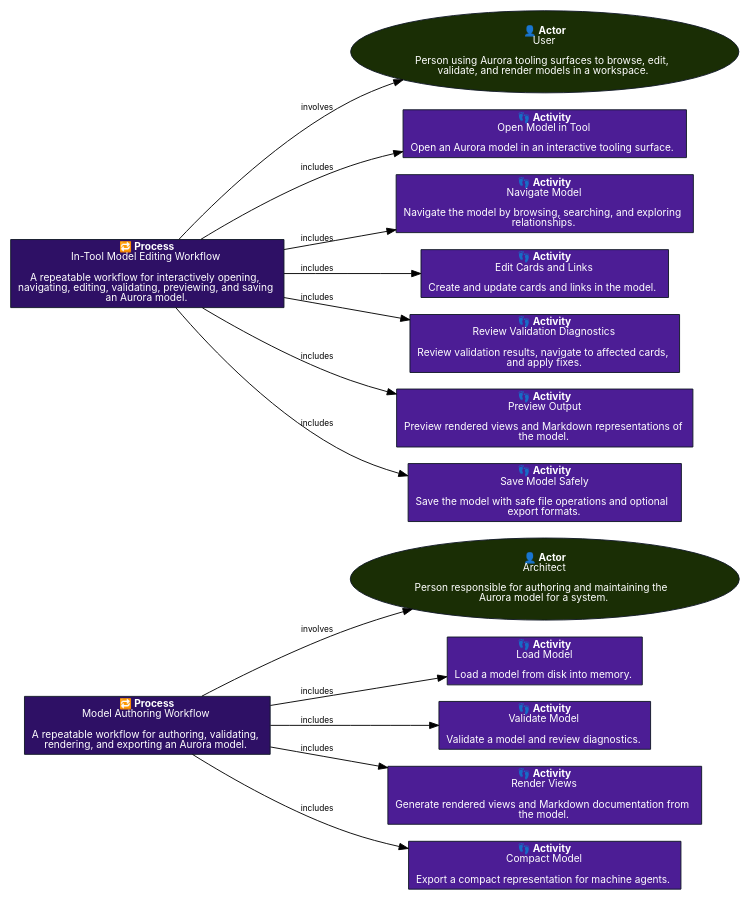
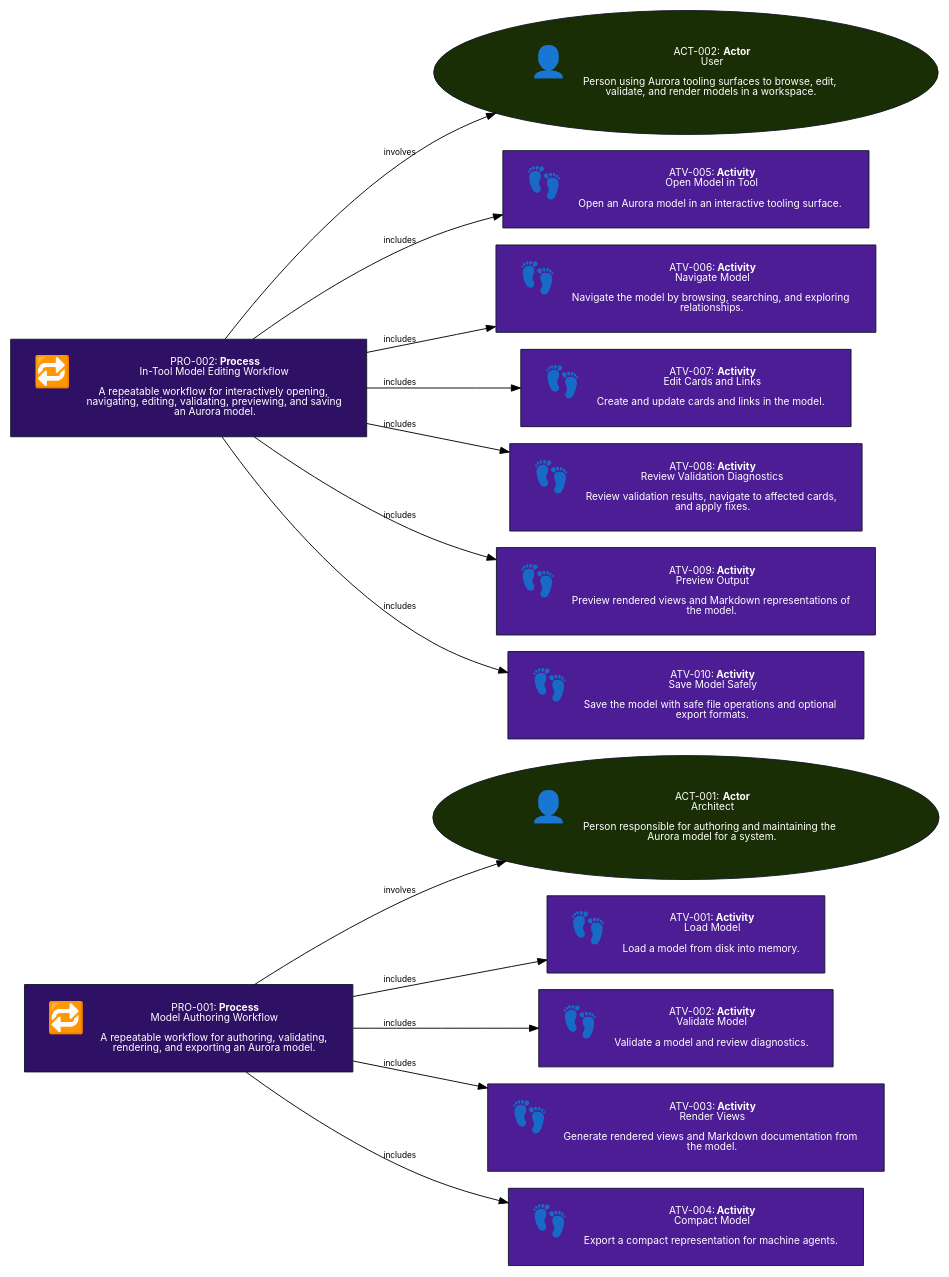
The diagram in docs/design/MIS-001-Provide_Default_Tooling_for_AURORA/Views/source/Process_Activity.view.dot (JEleniel/aurora), drawn with Graphviz before and after one commit. The commit also changed 280 other files, not shown here.

```diff
--- a/docs/design/MIS-001-Provide_Default_Tooling_for_AURORA/Views/source/Process_Activity.view.dot
+++ b/docs/design/MIS-001-Provide_Default_Tooling_for_AURORA/Views/source/Process_Activity.view.dot
@@ -1,31 +1,31 @@
 digraph "Process (Activity) View" {
 	graph [bgcolor="#FFFFFF", fontname="Inter", rankdir="LR", splines="spline"];
 	node [color="#111827", fillcolor="#E5E7EB", fontcolor="#111827", fontname="Inter", fontsize="11", shape="box", style="filled"];
 	edge [color="#000000", fontcolor="#000000", fontname="Inter", fontsize="9"];
-	"ACT-001" [fillcolor="#1a2e05", fontcolor="#FFFFFF", label=<<FONT><B>👤 Actor</B><br />Architect<br /><br />Person responsible for authoring and maintaining the<br />Aurora model for a system.</FONT>>, shape="ellipse"];
-	"ACT-002" [fillcolor="#1a2e05", fontcolor="#FFFFFF", label=<<FONT><B>👤 Actor</B><br />User<br /><br />Person using Aurora tooling surfaces to browse, edit,<br />validate, and render models in a workspace.</FONT>>, shape="ellipse"];
-	"ATV-001" [fillcolor="#4c1d95", fontcolor="#FFFFFF", label=<<FONT><B>👣 Activity</B><br />Load Model<br /><br />Load a model from disk into memory.</FONT>>, shape="box"];
-	"ATV-002" [fillcolor="#4c1d95", fontcolor="#FFFFFF", label=<<FONT><B>👣 Activity</B><br />Validate Model<br /><br />Validate a model and review diagnostics.</FONT>>, shape="box"];
-	"ATV-003" [fillcolor="#4c1d95", fontcolor="#FFFFFF", label=<<FONT><B>👣 Activity</B><br />Render Views<br /><br />Generate rendered views and Markdown documentation from<br />the model.</FONT>>, shape="box"];
-	"ATV-004" [fillcolor="#4c1d95", fontcolor="#FFFFFF", label=<<FONT><B>👣 Activity</B><br />Compact Model<br /><br />Export a compact representation for machine agents.</FONT>>, shape="box"];
-	"ATV-005" [fillcolor="#4c1d95", fontcolor="#FFFFFF", label=<<FONT><B>👣 Activity</B><br />Open Model in Tool<br /><br />Open an Aurora model in an interactive tooling surface.</FONT>>, shape="box"];
-	"ATV-006" [fillcolor="#4c1d95", fontcolor="#FFFFFF", label=<<FONT><B>👣 Activity</B><br />Navigate Model<br /><br />Navigate the model by browsing, searching, and exploring<br />relationships.</FONT>>, shape="box"];
-	"ATV-007" [fillcolor="#4c1d95", fontcolor="#FFFFFF", label=<<FONT><B>👣 Activity</B><br />Edit Cards and Links<br /><br />Create and update cards and links in the model.</FONT>>, shape="box"];
-	"ATV-008" [fillcolor="#4c1d95", fontcolor="#FFFFFF", label=<<FONT><B>👣 Activity</B><br />Review Validation Diagnostics<br /><br />Review validation results, navigate to affected cards,<br />and apply fixes.</FONT>>, shape="box"];
-	"ATV-009" [fillcolor="#4c1d95", fontcolor="#FFFFFF", label=<<FONT><B>👣 Activity</B><br />Preview Output<br /><br />Preview rendered views and Markdown representations of<br />the model.</FONT>>, shape="box"];
-	"ATV-010" [fillcolor="#4c1d95", fontcolor="#FFFFFF", label=<<FONT><B>👣 Activity</B><br />Save Model Safely<br /><br />Save the model with safe file operations and optional<br />export formats.</FONT>>, shape="box"];
-	"PRO-001" [fillcolor="#2e1065", fontcolor="#FFFFFF", label=<<FONT><B>🔁 Process</B><br />Model Authoring Workflow<br /><br />A repeatable workflow for authoring, validating,<br />rendering, and exporting an Aurora model.</FONT>>, shape="box"];
-	"PRO-002" [fillcolor="#2e1065", fontcolor="#FFFFFF", label=<<FONT><B>🔁 Process</B><br />In-Tool Model Editing Workflow<br /><br />A repeatable workflow for interactively opening,<br />navigating, editing, validating, previewing, and saving<br />an Aurora model.</FONT>>, shape="box"];
+	"ACT-001" [fillcolor="#1a2e05", fontcolor="#FFFFFF", label=<<TABLE BORDER="0" CELLBORDER="0" CELLSPACING="16" CELLPADDING="0"><TR><TD ALIGN="LEFT" VALIGN="TOP"><FONT POINT-SIZE="33">👤</FONT></TD><TD ALIGN="LEFT" VALIGN="TOP"><FONT>ACT-001: <B>Actor</B><BR/>Architect<BR/>&#160;<BR/>Person responsible for authoring and maintaining the<BR/>Aurora model for a system.</FONT></TD></TR></TABLE>>, shape="ellipse"];
+	"ACT-002" [fillcolor="#1a2e05", fontcolor="#FFFFFF", label=<<TABLE BORDER="0" CELLBORDER="0" CELLSPACING="16" CELLPADDING="0"><TR><TD ALIGN="LEFT" VALIGN="TOP"><FONT POINT-SIZE="33">👤</FONT></TD><TD ALIGN="LEFT" VALIGN="TOP"><FONT>ACT-002: <B>Actor</B><BR/>User<BR/>&#160;<BR/>Person using Aurora tooling surfaces to browse, edit,<BR/>validate, and render models in a workspace.</FONT></TD></TR></TABLE>>, shape="ellipse"];
+	"ATV-001" [fillcolor="#4c1d95", fontcolor="#FFFFFF", label=<<TABLE BORDER="0" CELLBORDER="0" CELLSPACING="16" CELLPADDING="0"><TR><TD ALIGN="LEFT" VALIGN="TOP"><FONT POINT-SIZE="33">👣</FONT></TD><TD ALIGN="LEFT" VALIGN="TOP"><FONT>ATV-001: <B>Activity</B><BR/>Load Model<BR/>&#160;<BR/>Load a model from disk into memory.</FONT></TD></TR></TABLE>>, shape="box"];
+	"ATV-002" [fillcolor="#4c1d95", fontcolor="#FFFFFF", label=<<TABLE BORDER="0" CELLBORDER="0" CELLSPACING="16" CELLPADDING="0"><TR><TD ALIGN="LEFT" VALIGN="TOP"><FONT POINT-SIZE="33">👣</FONT></TD><TD ALIGN="LEFT" VALIGN="TOP"><FONT>ATV-002: <B>Activity</B><BR/>Validate Model<BR/>&#160;<BR/>Validate a model and review diagnostics.</FONT></TD></TR></TABLE>>, shape="box"];
+	"ATV-003" [fillcolor="#4c1d95", fontcolor="#FFFFFF", label=<<TABLE BORDER="0" CELLBORDER="0" CELLSPACING="16" CELLPADDING="0"><TR><TD ALIGN="LEFT" VALIGN="TOP"><FONT POINT-SIZE="33">👣</FONT></TD><TD ALIGN="LEFT" VALIGN="TOP"><FONT>ATV-003: <B>Activity</B><BR/>Render Views<BR/>&#160;<BR/>Generate rendered views and Markdown documentation from<BR/>the model.</FONT></TD></TR></TABLE>>, shape="box"];
+	"ATV-004" [fillcolor="#4c1d95", fontcolor="#FFFFFF", label=<<TABLE BORDER="0" CELLBORDER="0" CELLSPACING="16" CELLPADDING="0"><TR><TD ALIGN="LEFT" VALIGN="TOP"><FONT POINT-SIZE="33">👣</FONT></TD><TD ALIGN="LEFT" VALIGN="TOP"><FONT>ATV-004: <B>Activity</B><BR/>Compact Model<BR/>&#160;<BR/>Export a compact representation for machine agents.</FONT></TD></TR></TABLE>>, shape="box"];
+	"ATV-005" [fillcolor="#4c1d95", fontcolor="#FFFFFF", label=<<TABLE BORDER="0" CELLBORDER="0" CELLSPACING="16" CELLPADDING="0"><TR><TD ALIGN="LEFT" VALIGN="TOP"><FONT POINT-SIZE="33">👣</FONT></TD><TD ALIGN="LEFT" VALIGN="TOP"><FONT>ATV-005: <B>Activity</B><BR/>Open Model in Tool<BR/>&#160;<BR/>Open an Aurora model in an interactive tooling surface.</FONT></TD></TR></TABLE>>, shape="box"];
+	"ATV-006" [fillcolor="#4c1d95", fontcolor="#FFFFFF", label=<<TABLE BORDER="0" CELLBORDER="0" CELLSPACING="16" CELLPADDING="0"><TR><TD ALIGN="LEFT" VALIGN="TOP"><FONT POINT-SIZE="33">👣</FONT></TD><TD ALIGN="LEFT" VALIGN="TOP"><FONT>ATV-006: <B>Activity</B><BR/>Navigate Model<BR/>&#160;<BR/>Navigate the model by browsing, searching, and exploring<BR/>relationships.</FONT></TD></TR></TABLE>>, shape="box"];
+	"ATV-007" [fillcolor="#4c1d95", fontcolor="#FFFFFF", label=<<TABLE BORDER="0" CELLBORDER="0" CELLSPACING="16" CELLPADDING="0"><TR><TD ALIGN="LEFT" VALIGN="TOP"><FONT POINT-SIZE="33">👣</FONT></TD><TD ALIGN="LEFT" VALIGN="TOP"><FONT>ATV-007: <B>Activity</B><BR/>Edit Cards and Links<BR/>&#160;<BR/>Create and update cards and links in the model.</FONT></TD></TR></TABLE>>, shape="box"];
+	"ATV-008" [fillcolor="#4c1d95", fontcolor="#FFFFFF", label=<<TABLE BORDER="0" CELLBORDER="0" CELLSPACING="16" CELLPADDING="0"><TR><TD ALIGN="LEFT" VALIGN="TOP"><FONT POINT-SIZE="33">👣</FONT></TD><TD ALIGN="LEFT" VALIGN="TOP"><FONT>ATV-008: <B>Activity</B><BR/>Review Validation Diagnostics<BR/>&#160;<BR/>Review validation results, navigate to affected cards,<BR/>and apply fixes.</FONT></TD></TR></TABLE>>, shape="box"];
+	"ATV-009" [fillcolor="#4c1d95", fontcolor="#FFFFFF", label=<<TABLE BORDER="0" CELLBORDER="0" CELLSPACING="16" CELLPADDING="0"><TR><TD ALIGN="LEFT" VALIGN="TOP"><FONT POINT-SIZE="33">👣</FONT></TD><TD ALIGN="LEFT" VALIGN="TOP"><FONT>ATV-009: <B>Activity</B><BR/>Preview Output<BR/>&#160;<BR/>Preview rendered views and Markdown representations of<BR/>the model.</FONT></TD></TR></TABLE>>, shape="box"];
+	"ATV-010" [fillcolor="#4c1d95", fontcolor="#FFFFFF", label=<<TABLE BORDER="0" CELLBORDER="0" CELLSPACING="16" CELLPADDING="0"><TR><TD ALIGN="LEFT" VALIGN="TOP"><FONT POINT-SIZE="33">👣</FONT></TD><TD ALIGN="LEFT" VALIGN="TOP"><FONT>ATV-010: <B>Activity</B><BR/>Save Model Safely<BR/>&#160;<BR/>Save the model with safe file operations and optional<BR/>export formats.</FONT></TD></TR></TABLE>>, shape="box"];
+	"PRO-001" [fillcolor="#2e1065", fontcolor="#FFFFFF", label=<<TABLE BORDER="0" CELLBORDER="0" CELLSPACING="16" CELLPADDING="0"><TR><TD ALIGN="LEFT" VALIGN="TOP"><FONT POINT-SIZE="33">🔁</FONT></TD><TD ALIGN="LEFT" VALIGN="TOP"><FONT>PRO-001: <B>Process</B><BR/>Model Authoring Workflow<BR/>&#160;<BR/>A repeatable workflow for authoring, validating,<BR/>rendering, and exporting an Aurora model.</FONT></TD></TR></TABLE>>, shape="box"];
+	"PRO-002" [fillcolor="#2e1065", fontcolor="#FFFFFF", label=<<TABLE BORDER="0" CELLBORDER="0" CELLSPACING="16" CELLPADDING="0"><TR><TD ALIGN="LEFT" VALIGN="TOP"><FONT POINT-SIZE="33">🔁</FONT></TD><TD ALIGN="LEFT" VALIGN="TOP"><FONT>PRO-002: <B>Process</B><BR/>In-Tool Model Editing Workflow<BR/>&#160;<BR/>A repeatable workflow for interactively opening,<BR/>navigating, editing, validating, previewing, and saving<BR/>an Aurora model.</FONT></TD></TR></TABLE>>, shape="box"];
 	"PRO-001" -> "ACT-001" [label="involves"];
 	"PRO-001" -> "ATV-001" [label="includes"];
 	"PRO-001" -> "ATV-002" [label="includes"];
 	"PRO-001" -> "ATV-003" [label="includes"];
 	"PRO-001" -> "ATV-004" [label="includes"];
 	"PRO-002" -> "ACT-002" [label="involves"];
 	"PRO-002" -> "ATV-005" [label="includes"];
 	"PRO-002" -> "ATV-006" [label="includes"];
 	"PRO-002" -> "ATV-007" [label="includes"];
 	"PRO-002" -> "ATV-008" [label="includes"];
 	"PRO-002" -> "ATV-009" [label="includes"];
 	"PRO-002" -> "ATV-010" [label="includes"];
 }
```
